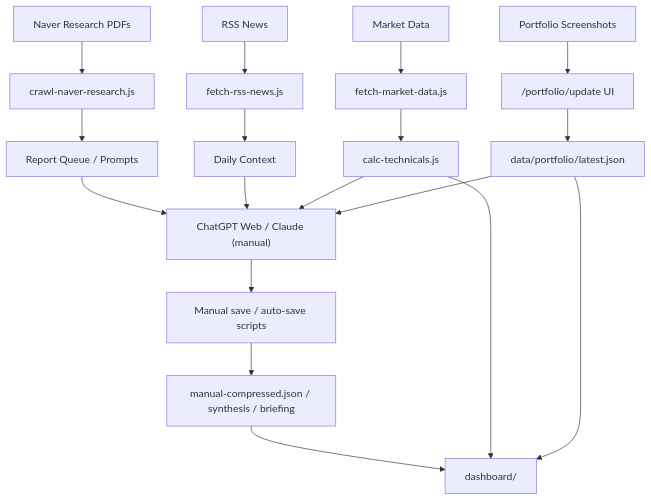
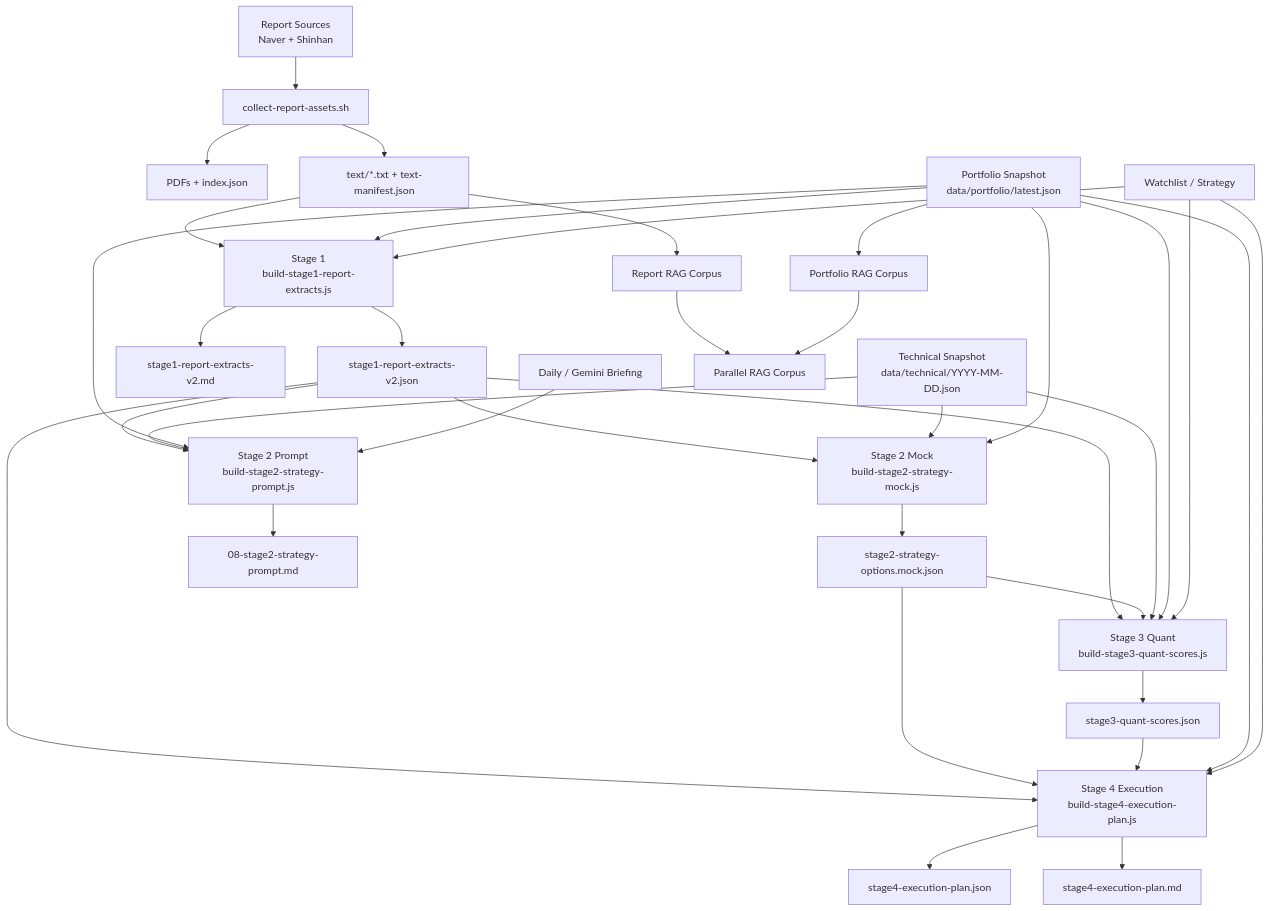
The diagram in README.md (sgdrudejr/EcoReport), drawn with Mermaid before and after one commit. The commit also changed other lines of this file and 36 other files, not shown here.

Commit message:
feat: add stage 1-4 research-to-execution pipeline

````diff
--- a/README.md
+++ b/README.md
@@ -22,24 +30,42 @@
 ```mermaid
 flowchart TD
-    A["Naver Research PDFs"] --> B["crawl-naver-research.js"]
-    C["RSS News"] --> D["fetch-rss-news.js"]
-    E["Market Data"] --> F["fetch-market-data.js"]
-    G["Portfolio Screenshots"] --> H["/portfolio/update UI"]
+    A["Report Sources<br/>Naver + Shinhan"] --> B["collect-report-assets.sh"]
+    B --> B1["PDFs + index.json"]
+    B --> B2["text/*.txt + text-manifest.json"]
 
-    B --> I["Report Queue / Prompts"]
-    D --> J["Daily Context"]
-    F --> K["calc-technicals.js"]
-    H --> L["data/portfolio/latest.json"]
+    B2 --> C["Stage 1<br/>build-stage1-report-extracts.js"]
+    P["Portfolio Snapshot<br/>data/portfolio/latest.json"] --> C
+    W["Watchlist / Strategy"] --> C
+    C --> C1["stage1-report-extracts-v2.json"]
+    C --> C2["stage1-report-extracts-v2.md"]
 
-    I --> M["ChatGPT Web / Claude (manual)"]
-    J --> M
-    K --> M
-    L --> M
+    C1 --> D["Stage 2 Prompt<br/>build-stage2-strategy-prompt.js"]
+    C1 --> E["Stage 2 Mock<br/>build-stage2-strategy-mock.js"]
+    T["Technical Snapshot<br/>data/technical/YYYY-MM-DD.json"] --> D
+    T --> E
+    P --> D
+    P --> E
+    G["Daily / Gemini Briefing"] --> D
+    E --> E1["stage2-strategy-options.mock.json"]
+    D --> D1["08-stage2-strategy-prompt.md"]
 
-    M --> N["Manual save / auto-save scripts"]
-    N --> O["manual-compressed.json / synthesis / briefing"]
+    C1 --> F["Stage 3 Quant<br/>build-stage3-quant-scores.js"]
+    E1 --> F
+    T --> F
+    P --> F
+    W --> F
+    F --> F1["stage3-quant-scores.json"]
 
-    O --> P["dashboard/"]
-    K --> P
-    L --> P
+    C1 --> H["Stage 4 Execution<br/>build-stage4-execution-plan.js"]
+    E1 --> H
+    F1 --> H
+    P --> H
+    W --> H
+    H --> H1["stage4-execution-plan.json"]
+    H --> H2["stage4-execution-plan.md"]
+
+    B2 --> R["Report RAG Corpus"]
+    P --> PR["Portfolio RAG Corpus"]
+    R --> XR["Parallel RAG Corpus"]
+    PR --> XR
 ```
````
